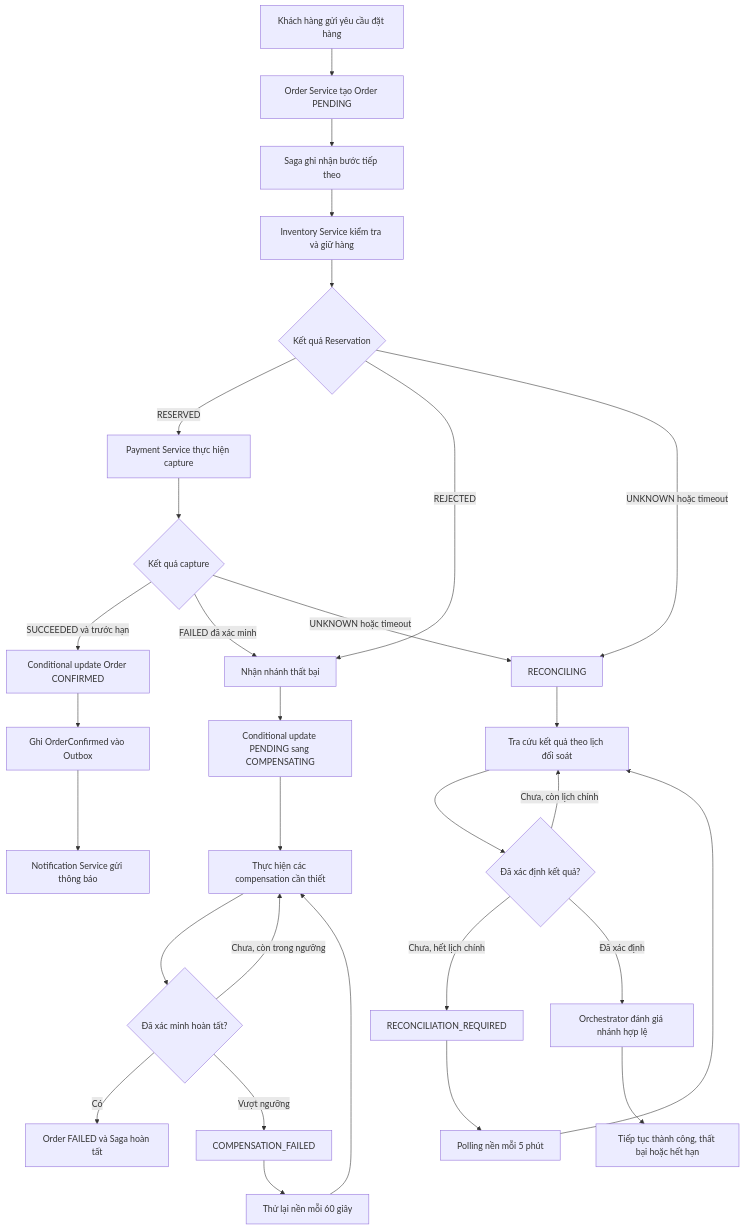
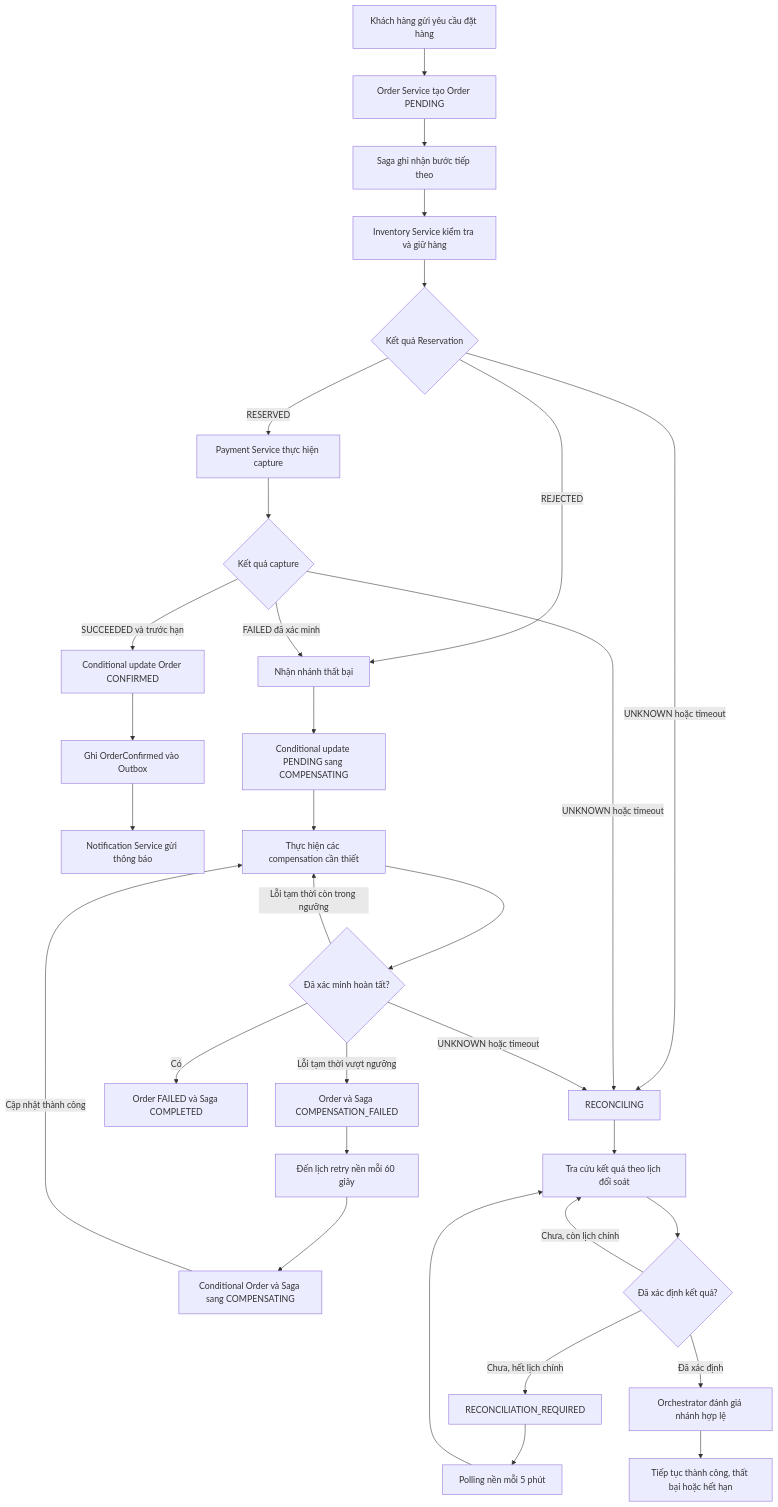
Before and after one commit to nguyenthihuyenlinh236/SE2026-T02-Resilient-Order-Workflow: the first of 5 diagrams in docs/architecture/10-saga-workflow-and-compensation.md, drawn with Mermaid. The commit also changed other lines of this file, not shown here.

Commit message:
docs: align Saga compensation and recovery with Order state machine

````diff
--- a/docs/architecture/10-saga-workflow-and-compensation.md
+++ b/docs/architecture/10-saga-workflow-and-compensation.md
@@ -90,37 +93,39 @@
 ```mermaid
 flowchart TD
     A[Khách hàng gửi yêu cầu đặt hàng] --> B[Order Service tạo Order PENDING]
     B --> C[Saga ghi nhận bước tiếp theo]
     C --> D[Inventory Service kiểm tra và giữ hàng]
     D --> E{Kết quả Reservation}
 
     E -->|RESERVED| F[Payment Service thực hiện capture]
     E -->|REJECTED| X[Nhận nhánh thất bại]
     E -->|UNKNOWN hoặc timeout| U[RECONCILING]
 
     F --> G{Kết quả capture}
     G -->|SUCCEEDED và trước hạn| H[Conditional update Order CONFIRMED]
     G -->|FAILED đã xác minh| X
     G -->|UNKNOWN hoặc timeout| U
 
     H --> I[Ghi OrderConfirmed vào Outbox]
     I --> J[Notification Service gửi thông báo]
 
     X --> K[Conditional update PENDING sang COMPENSATING]
     K --> L[Thực hiện các compensation cần thiết]
     L --> M{Đã xác minh hoàn tất?}
-    M -->|Có| N[Order FAILED và Saga hoàn tất]
-    M -->|Chưa, còn trong ngưỡng| L
-    M -->|Vượt ngưỡng| O[COMPENSATION_FAILED]
-    O --> P[Thử lại nền mỗi 60 giây]
-    P --> L
+    M -->|Có| N[Order FAILED và Saga COMPLETED]
+    M -->|Lỗi tạm thời còn trong ngưỡng| L
+    M -->|UNKNOWN hoặc timeout| U
+    M -->|Lỗi tạm thời vượt ngưỡng| O[Order và Saga COMPENSATION_FAILED]
+    O --> P[Đến lịch retry nền mỗi 60 giây]
+    P --> P1[Conditional Order và Saga sang COMPENSATING]
+    P1 -->|Cập nhật thành công| L
 
     U --> Q[Tra cứu kết quả theo lịch đối soát]
     Q --> R{Đã xác định kết quả?}
     R -->|Chưa, còn lịch chính| Q
     R -->|Chưa, hết lịch chính| S[RECONCILIATION_REQUIRED]
     S --> T[Polling nền mỗi 5 phút]
     T --> Q
     R -->|Đã xác định| V[Orchestrator đánh giá nhánh hợp lệ]
     V --> W[Tiếp tục thành công, thất bại hoặc hết hạn]
 ```
````
